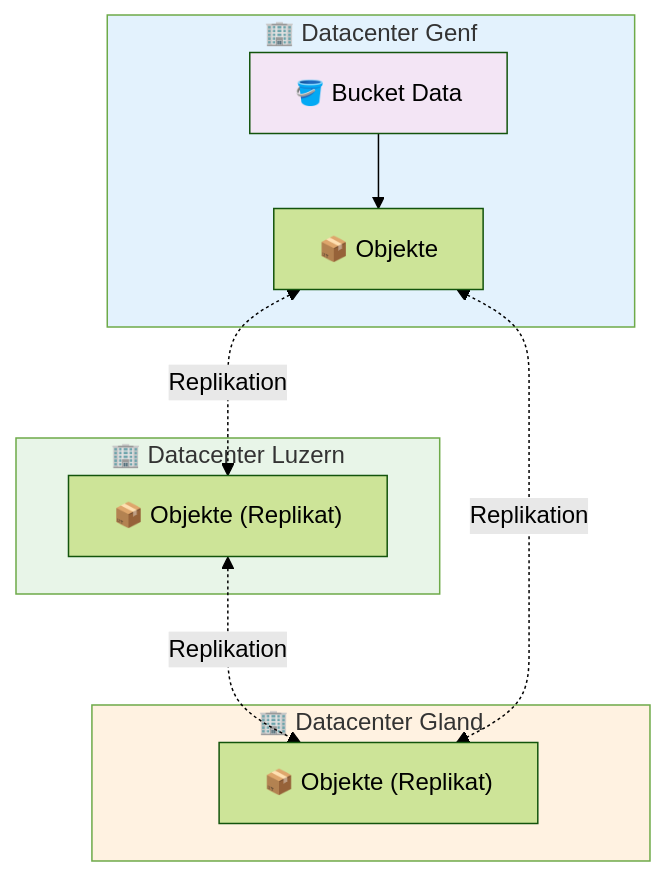
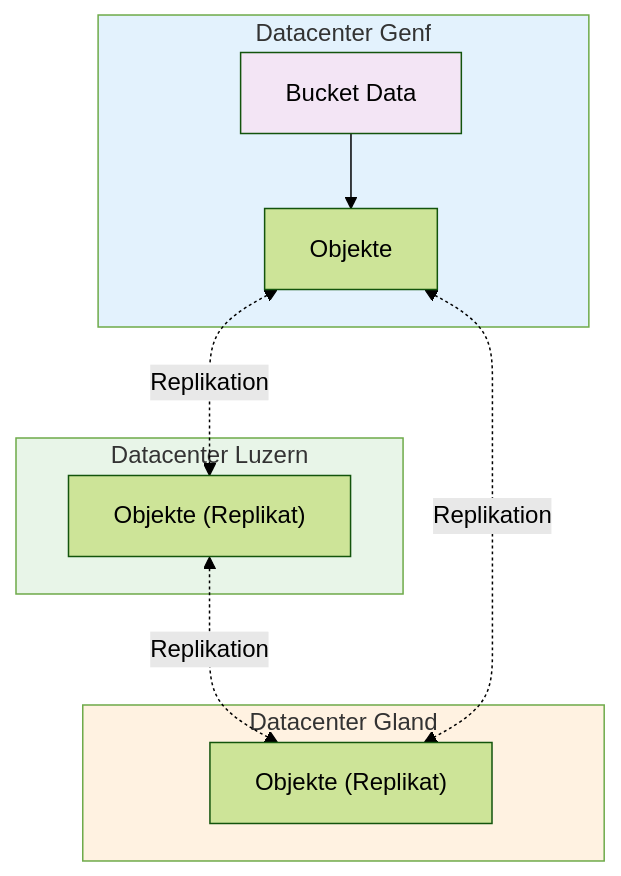
One commit to HidoraSwiss/hikube-public-doc changed the diagram in i18n/de/docusaurus-plugin-content-docs/current/services/storage/buckets/overview.md. Above: the diagram before and after it, drawn with Mermaid (forest theme). The commit also changed other lines of this file and 142 other files, not shown here.

First line of the commit message:
docs: retirer tous les emojis (titres, encadrés, tableaux, diagrammes)

````diff
--- a/i18n/de/docusaurus-plugin-content-docs/current/services/storage/buckets/overview.md
+++ b/i18n/de/docusaurus-plugin-content-docs/current/services/storage/buckets/overview.md
@@ -36,25 +36,25 @@
 ```mermaid
 flowchart TD
-    subgraph DC1["🏢 Datacenter Genf"]
-        B1["🪣 Bucket Data"]
-        S1["📦 Objekte"]
+    subgraph DC1["Datacenter Genf"]
+        B1["Bucket Data"]
+        S1["Objekte"]
     end
 
-    subgraph DC2["🏢 Datacenter Luzern"]
-        S2["📦 Objekte (Replikat)"]
+    subgraph DC2["Datacenter Luzern"]
+        S2["Objekte (Replikat)"]
     end
 
-    subgraph DC3["🏢 Datacenter Gland"]
-        S3["📦 Objekte (Replikat)"]
+    subgraph DC3["Datacenter Gland"]
+        S3["Objekte (Replikat)"]
     end
 
     B1 --> S1
     S1 <-.->|"Replikation"| S2
     S2 <-.->|"Replikation"| S3
     S1 <-.->|"Replikation"| S3
 
     style DC1 fill:#e3f2fd
     style DC2 fill:#e8f5e8
     style DC3 fill:#fff2e1
     style B1 fill:#f3e5f5
 ```
````
